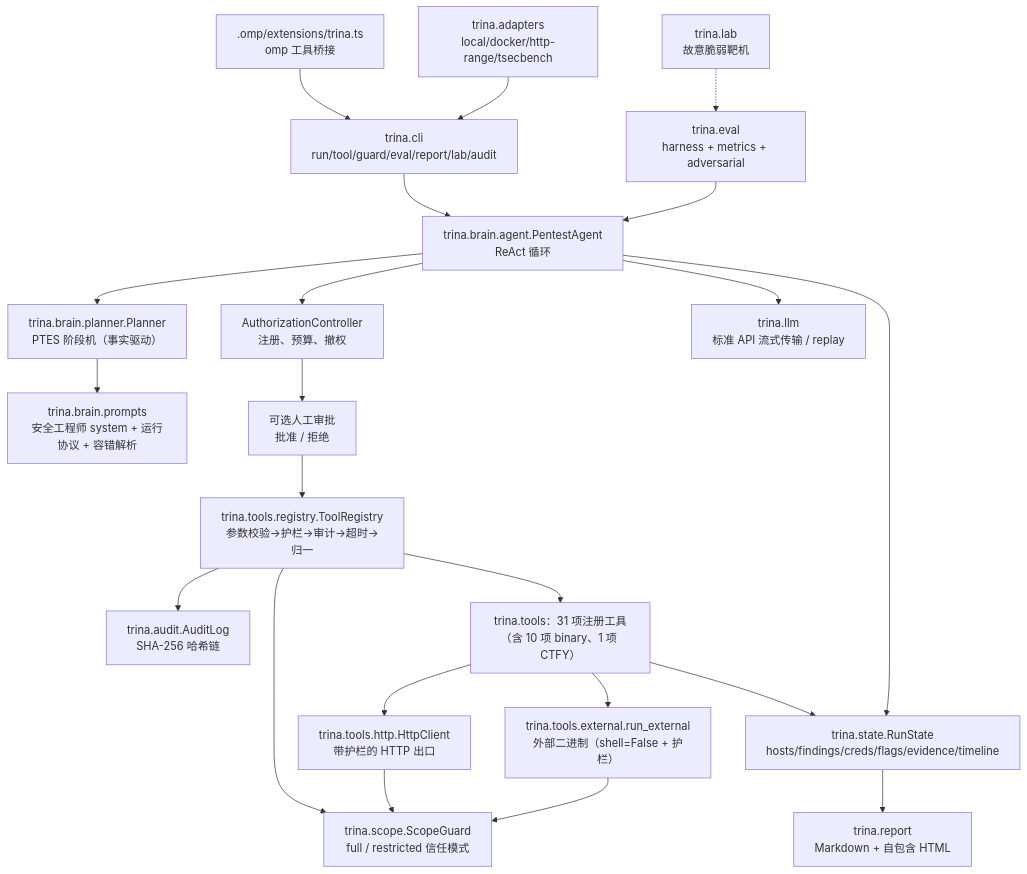
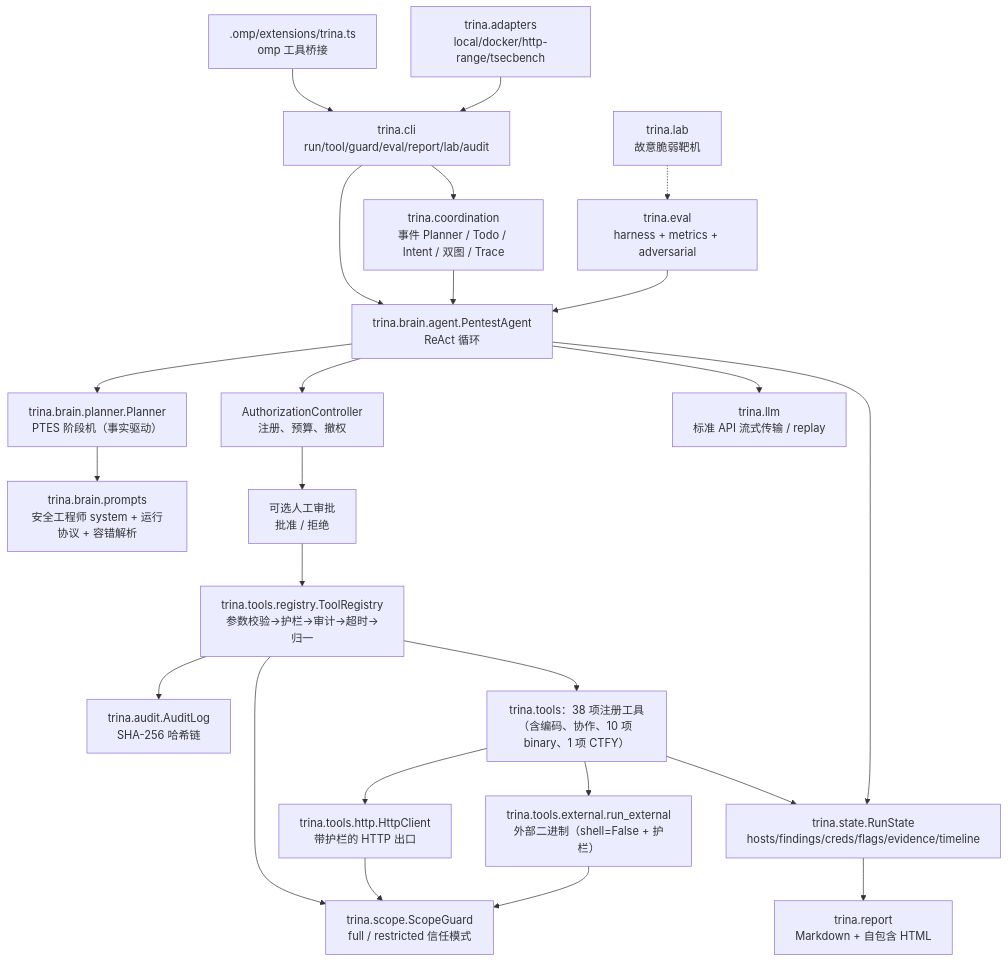
Before and after one commit to YHalo-wyh/Trina: the diagram in docs/ARCHITECTURE.md, drawn with Mermaid. The commit also changed other lines of this file and 25 other files, not shown here.

Commit message:
feat: upgrade agent coordination and coding runtime

````diff
--- a/docs/ARCHITECTURE.md
+++ b/docs/ARCHITECTURE.md
@@ -11,39 +11,42 @@
 ```mermaid
 flowchart TB
     CLI["trina.cli<br/>run/tool/guard/eval/report/lab/audit"]
     OMPEXT[".omp/extensions/trina.ts<br/>omp 工具桥接"]
     AGENT["trina.brain.agent.PentestAgent<br/>ReAct 循环"]
     PLANNER["trina.brain.planner.Planner<br/>PTES 阶段机（事实驱动）"]
     PROMPTS["trina.brain.prompts<br/>安全工程师 system + 运行协议 + 容错解析"]
     POLICY["AuthorizationController<br/>注册、预算、撤权"]
     APPROVAL["可选人工审批<br/>批准 / 拒绝"]
     REG["trina.tools.registry.ToolRegistry<br/>参数校验→护栏→审计→超时→归一"]
     GUARD["trina.scope.ScopeGuard<br/>full / restricted 信任模式"]
     AUDIT["trina.audit.AuditLog<br/>SHA-256 哈希链"]
     STATE["trina.state.RunState<br/>hosts/findings/creds/flags/evidence/timeline"]
-    TOOLS["trina.tools：31 项注册工具（含 10 项 binary、1 项 CTFY）"]
+    COORD["trina.coordination<br/>事件 Planner / Todo / Intent / 双图 / Trace"]
+    TOOLS["trina.tools：38 项注册工具（含编码、协作、10 项 binary、1 项 CTFY）"]
     HTTP["trina.tools.http.HttpClient<br/>带护栏的 HTTP 出口"]
     EXT["trina.tools.external.run_external<br/>外部二进制（shell=False + 护栏）"]
     LLM["trina.llm<br/>标准 API 流式传输 / replay"]
     ADAPT["trina.adapters<br/>local/docker/http-range/tsecbench"]
     EVAL["trina.eval<br/>harness + metrics + adversarial"]
     LAB["trina.lab<br/>故意脆弱靶机"]
     REPORT["trina.report<br/>Markdown + 自包含 HTML"]
 
     CLI --> AGENT
+    CLI --> COORD
     OMPEXT --> CLI
     AGENT --> PLANNER --> PROMPTS
     AGENT --> LLM
+    COORD --> AGENT
     AGENT --> POLICY --> APPROVAL --> REG
     REG --> GUARD
     REG --> AUDIT
     REG --> TOOLS
     TOOLS --> HTTP --> GUARD
     TOOLS --> EXT --> GUARD
     TOOLS --> STATE
     AGENT --> STATE
     STATE --> REPORT
     ADAPT --> CLI
     EVAL --> AGENT
     LAB -.-> EVAL
 ```
````
